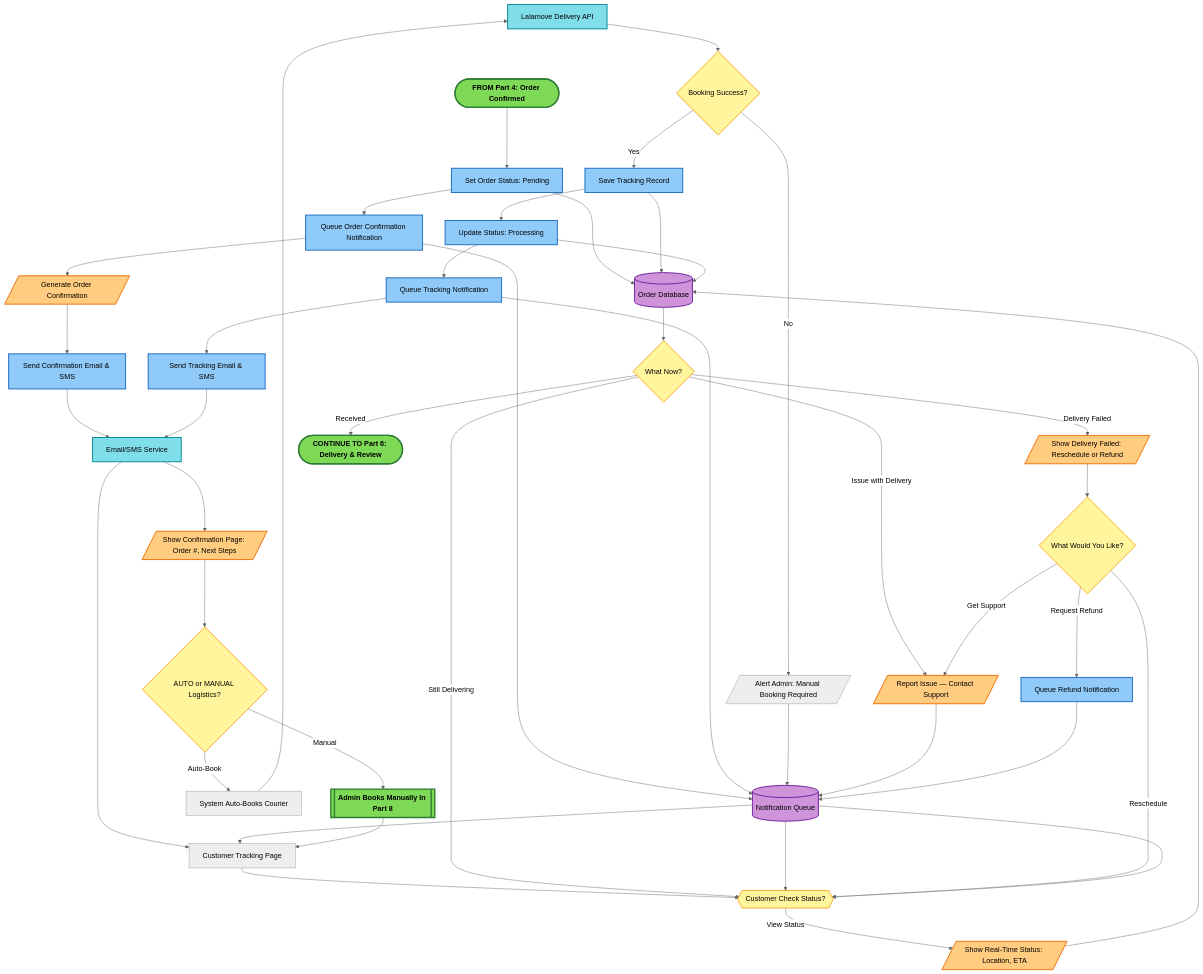
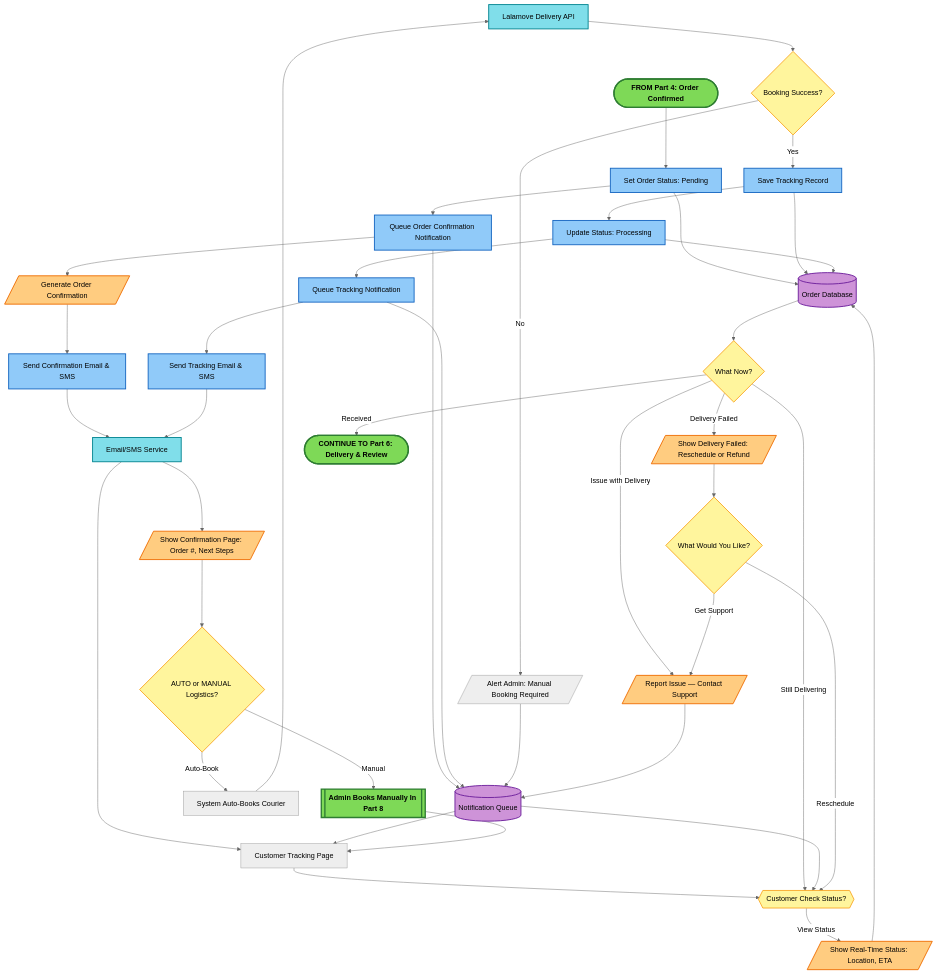
The diagram in Mermaid/Claude/v3.0/5_ORDER_CONFIRMATION_TRACKING.mmd (butterkookies/OOP-TaurusBikeShop), drawn with Mermaid (neutral theme) before and after one commit. The commit also changed 7 other files, not shown here.

```diff
--- a/Mermaid/Claude/v3.0/5_ORDER_CONFIRMATION_TRACKING.mmd
+++ b/Mermaid/Claude/v3.0/5_ORDER_CONFIRMATION_TRACKING.mmd
@@ -1,85 +1,82 @@
 %% =====================================================
 %% BIKE SHOP - PART 5: ORDER CONFIRMATION & TRACKING
 %% =====================================================
 %% Schema tables: Order, Delivery, LalamoveDelivery, LBCDelivery,
 %%   Notification, SupportTicket
 %% Connected from: Part 4
 %% Connected to: Part 6 (Delivery & Review)
 %% =====================================================
 
 flowchart TD
 
 DB3[("Order Database")]
 DB6[("Notification Queue")]
 EXT2["Lalamove Delivery API"]
 EXT4["Email/SMS Service"]
 
 O_START(["FROM Part 4: Order Confirmed"])
 
 O_START --> O15["Set Order Status: Pending"]
 O15 --> DB3
 O15 --> O15A["Queue Order Confirmation Notification"]
 O15A --> DB6
 O15A --> O16[/"Generate Order Confirmation"/]
 O16 --> O16A["Send Confirmation Email & SMS"]
 O16A --> EXT4
 EXT4 --> O17[/"Show Confirmation Page: Order #, Next Steps"/]
 
 O17 --> O17A{"AUTO or MANUAL Logistics?"}
 
 O17A -->|Auto-Book| O18["System Auto-Books Courier"]
 O18 --> EXT2
 EXT2 --> O18A{"Booking Success?"}
 O18A -->|Yes| O19["Save Tracking Record"]
 O19 --> DB3
 O19 --> O19A["Update Status: Processing"]
 O19A --> DB3
 O19A --> O19B["Queue Tracking Notification"]
 O19B --> DB6
 O19B --> O19C["Send Tracking Email & SMS"]
 O19C --> EXT4
 EXT4 --> TRACKING
 
 O18A -->|No| O18B[/"Alert Admin: Manual Booking Required"/]
 O18B --> DB6
 DB6 --> TRACKING
 
 O17A -->|Manual| MANUAL[["Admin Books Manually In Part 8"]]
 MANUAL --> TRACKING
 
 TRACKING["Customer Tracking Page"]
 TRACKING --> TRACK_LOOP{{"Customer Check Status?"}}
 
 TRACK_LOOP -->|View Status| TRACK_VIEW[/"Show Real-Time Status: Location, ETA"/]
 TRACK_VIEW --> DB3
 DB3 --> TRACK_WHAT{"What Now?"}
 
 TRACK_WHAT -->|Still Delivering| TRACK_LOOP
 TRACK_WHAT -->|Issue with Delivery| ISSUE[/"Report Issue — Contact Support"/]
 ISSUE --> DB6
 DB6 --> TRACK_LOOP
 
 TRACK_WHAT -->|Delivery Failed| FAILED[/"Show Delivery Failed: Reschedule or Refund"/]
 FAILED --> FAILED_OPT{"What Would You Like?"}
 FAILED_OPT -->|Reschedule| TRACK_LOOP
-FAILED_OPT -->|Request Refund| REFUND["Queue Refund Notification"]
-REFUND --> DB6
-DB6 --> TRACK_LOOP
 FAILED_OPT -->|Get Support| ISSUE
 
 TRACK_WHAT -->|Received| DELIVERY_COMPLETE(["CONTINUE TO Part 6: Delivery & Review"])
 
 classDef startend fill:#7ED957,stroke:#2E7D32,stroke-width:3px,color:#000,font-weight:bold
 classDef process fill:#90CAF9,stroke:#1565C0,stroke-width:2px,color:#000
 classDef decision fill:#FFF59D,stroke:#F9A825,stroke-width:2px,color:#000
 classDef io fill:#FFCC80,stroke:#EF6C00,stroke-width:2px,color:#000
 classDef database fill:#CE93D8,stroke:#6A1B9A,stroke-width:2px,color:#000
 classDef external fill:#80DEEA,stroke:#00838F,stroke-width:2px,color:#000
 classDef connector fill:#FFB6C1,stroke:#FF1493,stroke-width:3px,color:#000,font-weight:bold
 
 class O_START,DELIVERY_COMPLETE,MANUAL startend
 class O15,O15A,O16A,O19,O19A,O19B,O19C,REFUND process
 class O17A,O18A,TRACK_LOOP,TRACK_WHAT,FAILED_OPT decision
 class O16,O17,ISSUE,FAILED,TRACK_VIEW io
 class DB3,DB6 database
 class EXT2,EXT4 external
```
